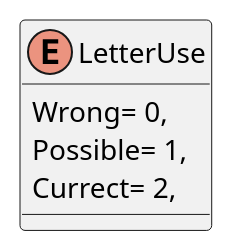
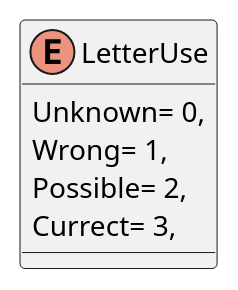
Before and after one commit to Caellian/UNIRI_OP_project: the diagram in PlantUML/Model/LetterUse.puml, drawn with PlantUML. The commit also changed 46 other files, not shown here.

```diff
--- a/PlantUML/Model/LetterUse.puml
+++ b/PlantUML/Model/LetterUse.puml
@@ -1,7 +1,8 @@
 @startuml
 enum LetterUse {
-    Wrong= 0,
-    Possible= 1,
-    Currect= 2,
+    Unknown= 0,
+    Wrong= 1,
+    Possible= 2,
+    Currect= 3,
 }
 @enduml
```
